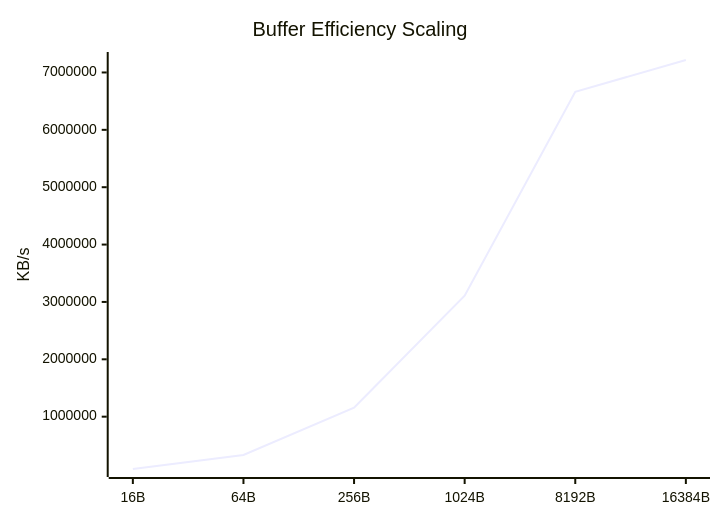
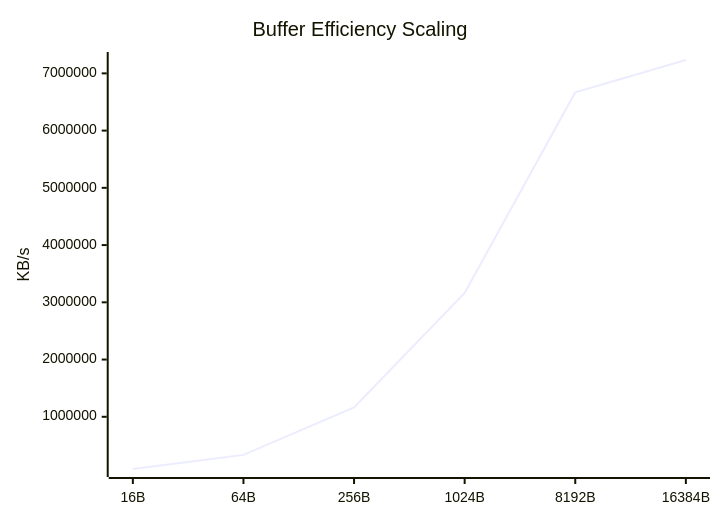
One commit to taha2samy/openssl_fips changed the sixth of 9 diagrams in docs/Comparison_Report.md. Above: the diagram before and after it, drawn with Mermaid. The commit also changed other lines of this file and 2 other files, not shown here.

````diff
--- a/docs/Comparison_Report.md
+++ b/docs/Comparison_Report.md
@@ -102,7 +102,7 @@
 ```mermaid
 xychart-beta
     title "Buffer Efficiency Scaling"
     x-axis [16B, 64B, 256B, 1024B, 8192B, 16384B]
     y-axis "KB/s"
-    line [87821.97, 331574.3, 1156435.2, 3109219.84, 6662397.95, 7217315.84]
+    line [87681.28, 334310.78, 1163325.44, 3163619.84, 6670020.61, 7233503.23]
 ```
````
